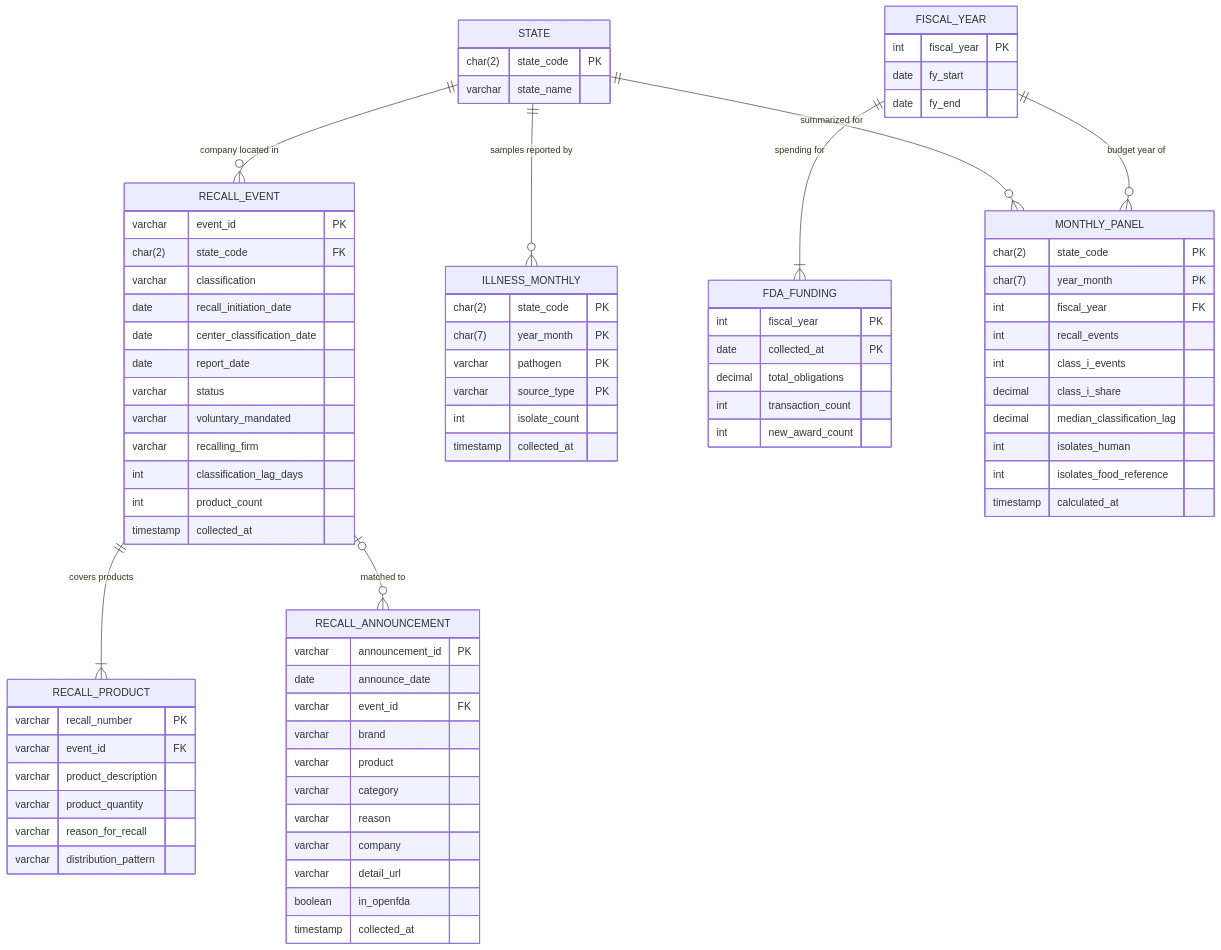
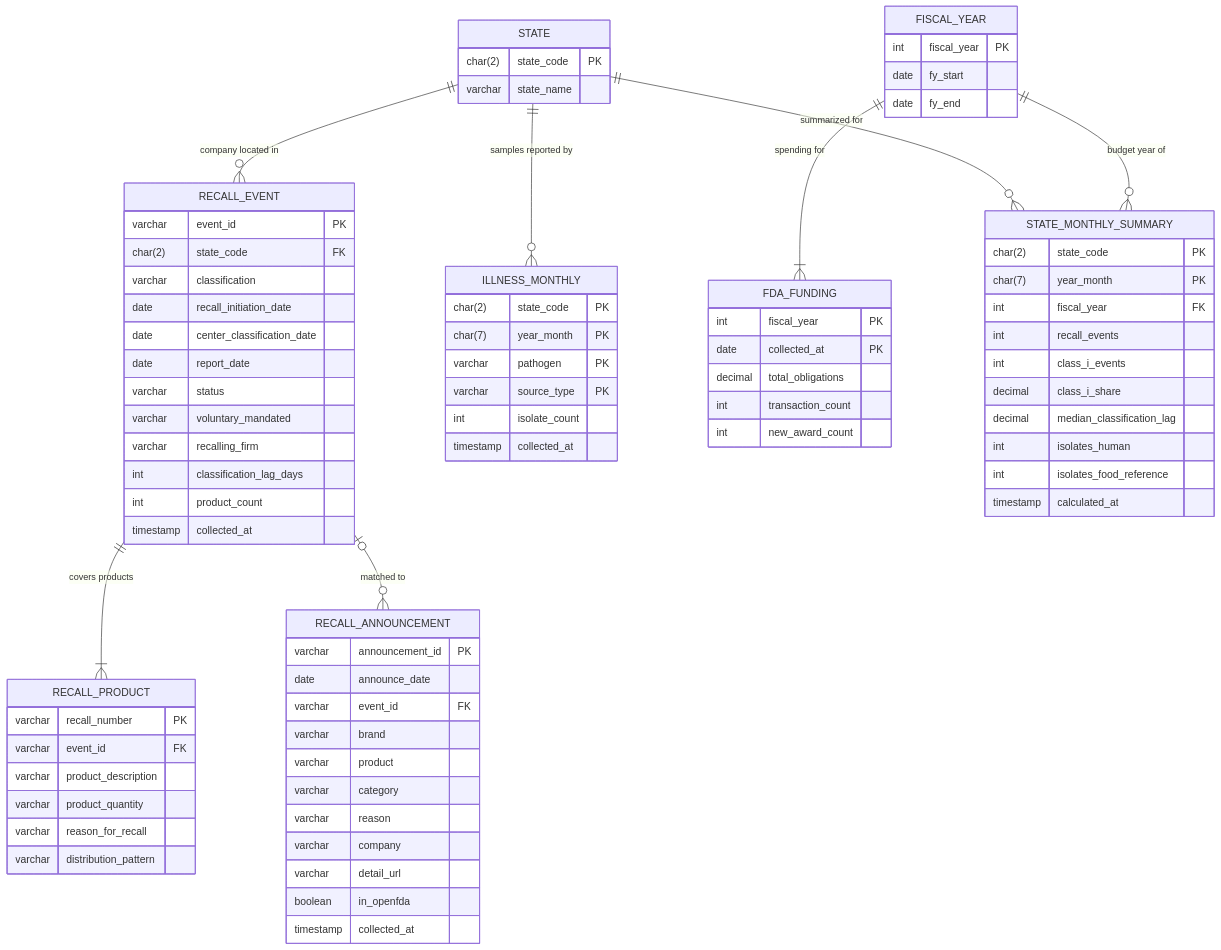
One commit to HershR/fda-safety-monitor changed the diagram in documents/postgres-erd.md. Above: the diagram before and after it, drawn with Mermaid. The commit also changed 3 other files, not shown here.

Commit message:
Renamed MonthlyPanel to StateMonthlySummary

````diff
--- a/documents/postgres-erd.md
+++ b/documents/postgres-erd.md
@@ -66,7 +66,7 @@
         int new_award_count
     }
 
-    MONTHLY_PANEL {
+    STATE_MONTHLY_SUMMARY {
         char(2) state_code PK
         char(7) year_month PK
         int fiscal_year FK
@@ -81,9 +81,9 @@
 
     STATE        ||--o{ RECALL_EVENT        : "company located in"
     STATE        ||--o{ ILLNESS_MONTHLY     : "samples reported by"
-    STATE        ||--o{ MONTHLY_PANEL       : "summarized for"
+    STATE        ||--o{ STATE_MONTHLY_SUMMARY : "summarized for"
     RECALL_EVENT ||--|{ RECALL_PRODUCT      : "covers products"
     RECALL_EVENT |o--o{ RECALL_ANNOUNCEMENT : "matched to"
     FISCAL_YEAR  ||--|{ FDA_FUNDING         : "spending for"
-    FISCAL_YEAR  ||--o{ MONTHLY_PANEL       : "budget year of"
+    FISCAL_YEAR  ||--o{ STATE_MONTHLY_SUMMARY : "budget year of"
 ```
````
